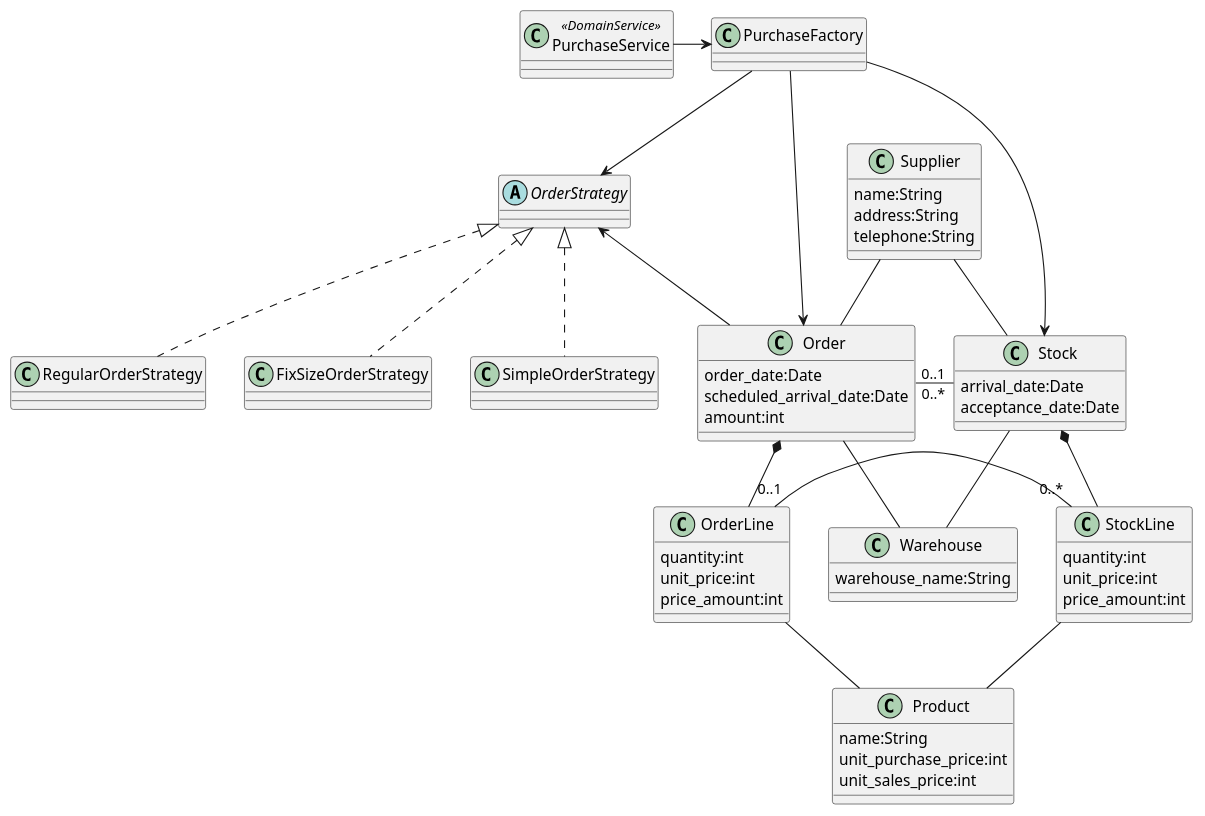
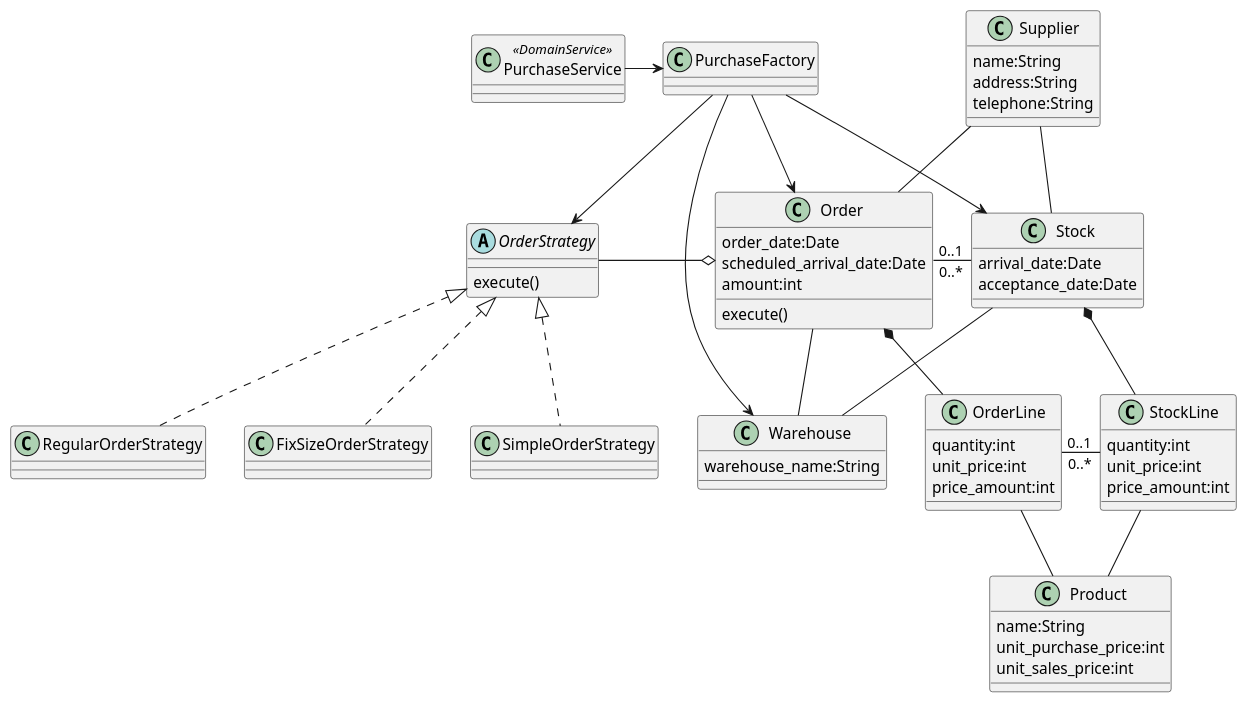
The fourth of 5 diagrams in docs/dev/sales_modeling/purchase.md (k2works/etude_for_rails), drawn with PlantUML before and after one commit. The commit also changed 5 other files, not shown here.

````diff
--- a/docs/dev/sales_modeling/purchase.md
+++ b/docs/dev/sales_modeling/purchase.md
@@ -137,65 +137,68 @@
 ```puml
 class Supplier {
   name:String
   address:String
   telephone:String
 }
 class Order {
   order_date:Date
   scheduled_arrival_date:Date
   amount:int
+  execute()
 }
 class OrderLine {
   quantity:int
   unit_price:int
   price_amount:int  
 }
 class Stock {
   arrival_date:Date
   acceptance_date:Date
 }
 class StockLine {
   quantity:int
   unit_price:int
   price_amount:int
 }
 class Warehouse {
   warehouse_name:String
 }
 class Product {
   name:String
   unit_purchase_price:int
   unit_sales_price:int
 }
 class PurchaseService << DomainService >>{
 }
 abstract class OrderStrategy {
+  execute()  
 }
 class RegularOrderStrategy {
 }
 class FixSizeOrderStrategy {  
 }
 class SimpleOrderStrategy {
 }
 class PurchaseFactory {
 }
 
 PurchaseService -> PurchaseFactory
 PurchaseFactory --> OrderStrategy
 PurchaseFactory --> Order
 PurchaseFactory --> Stock
+PurchaseFactory --> Warehouse
 OrderStrategy <|.. RegularOrderStrategy
 OrderStrategy <|.. FixSizeOrderStrategy
 OrderStrategy <|.. SimpleOrderStrategy
-OrderStrategy <-- Order
+OrderStrategy -o Order
 Supplier -- Order
 Order *-- OrderLine
 OrderLine -- Product
 Order -- Warehouse
 Supplier - Stock
 Order "0..1"-"0..*" Stock
 Stock -- Warehouse
 Stock *- StockLine
 OrderLine "0..1"-"0..*" StockLine
 StockLine -- Product
 ```
````
